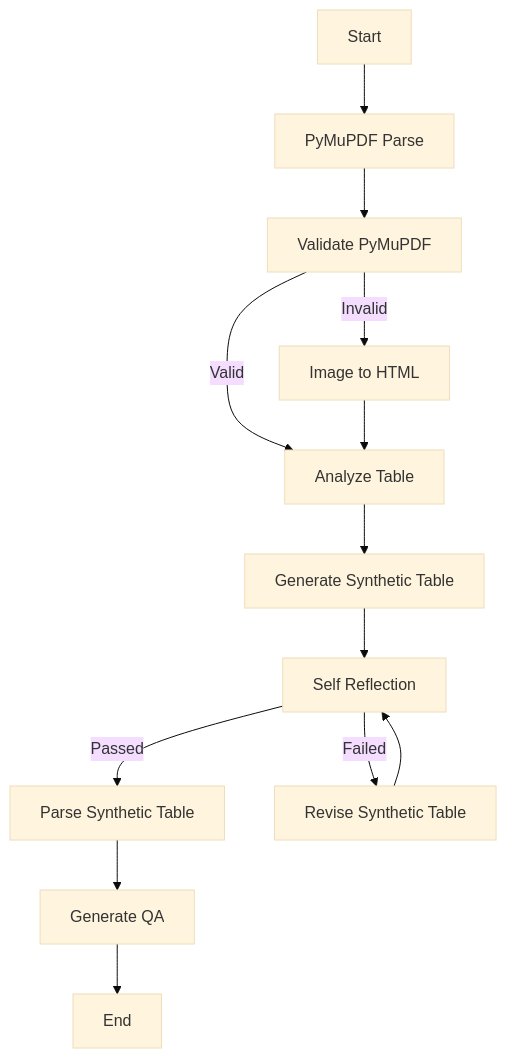
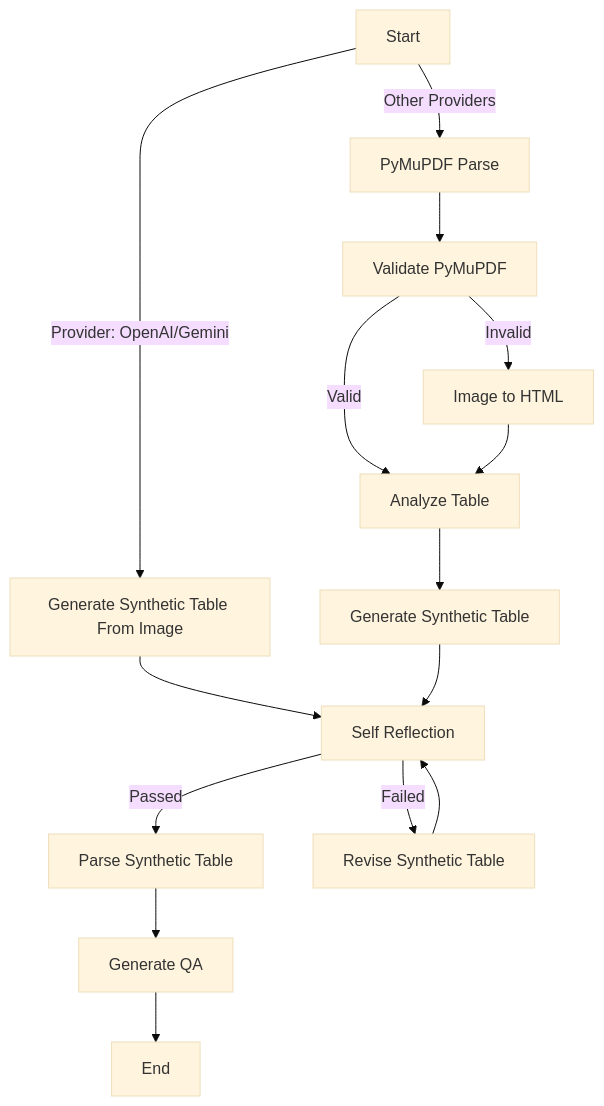
Before and after one commit to Pseudo-Lab/TableMagnifier: the diagram in HOWTO.md, drawn with Mermaid (base theme). The commit also changed 15 other files, not shown here.

Commit message:
feat: Implement synthetic table generation and revision directly from images, alongside prompt enhancements and new `html_to_image` utility.

````diff
--- a/HOWTO.md
+++ b/HOWTO.md
@@ -19,20 +19,23 @@
 ```mermaid
 graph TD
-    START[Start] --> pymupdf_parse[PyMuPDF Parse]
-    
+    START[Start] -->|Provider: OpenAI/Gemini| generate_synthetic_table_from_image[Generate Synthetic Table From Image]
+    START[Start] -->|Other Providers| pymupdf_parse[PyMuPDF Parse]
+
+    generate_synthetic_table_from_image --> self_reflection[Self Reflection]
+
     pymupdf_parse --> validate_parsed_table[Validate PyMuPDF]
     
     validate_parsed_table -->|Valid| analyze_table[Analyze Table]
     validate_parsed_table -->|Invalid| image_to_html[Image to HTML]
     
     image_to_html --> analyze_table
     analyze_table --> generate_synthetic_table[Generate Synthetic Table]
-    generate_synthetic_table --> self_reflection[Self Reflection]
+    generate_synthetic_table --> self_reflection
     
     self_reflection -->|Passed| parse_synthetic_table[Parse Synthetic Table]
     self_reflection -->|Failed| revise_synthetic_table[Revise Synthetic Table]
     
     revise_synthetic_table --> self_reflection
     parse_synthetic_table --> generate_qa[Generate QA]
     generate_qa --> END[End]
 ```
````
